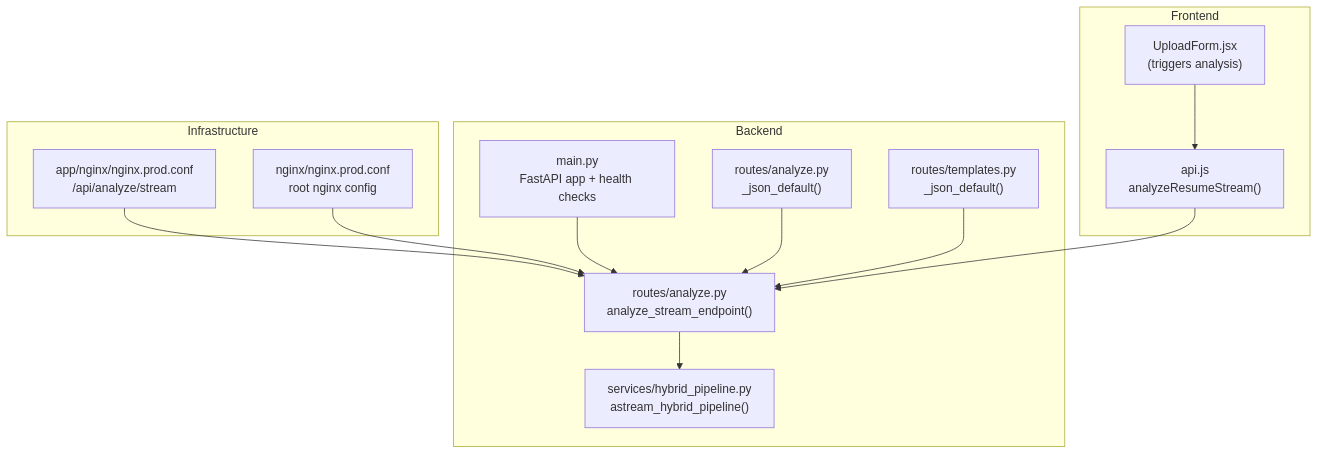
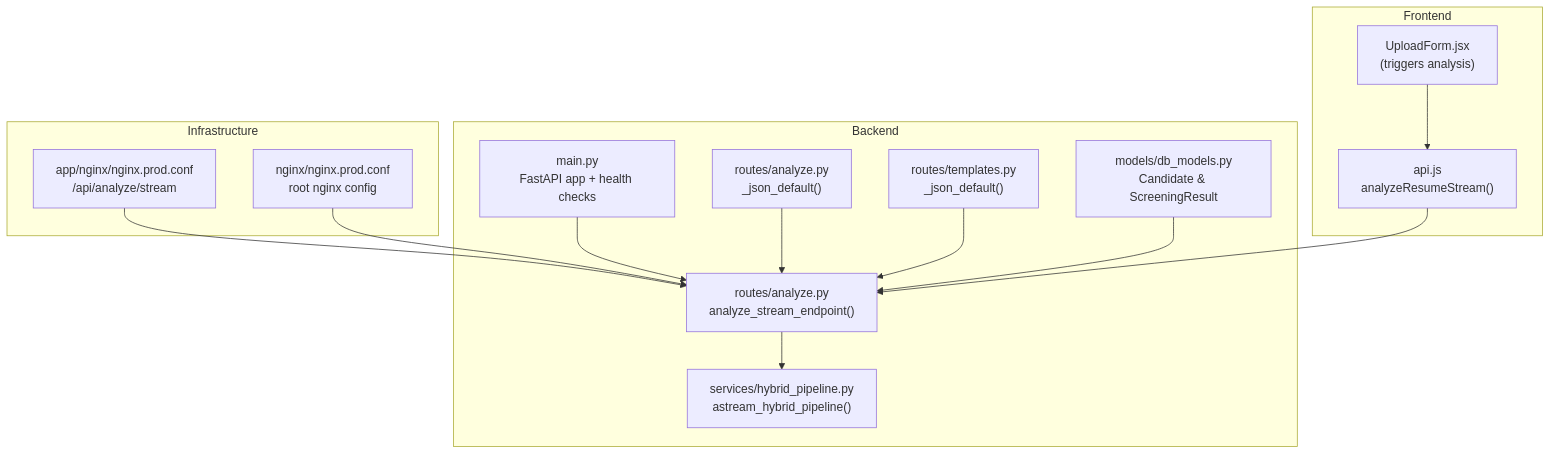
Before and after one commit to Revanththetalogics/aireume: the first of 3 diagrams in .qoder/repowiki/en/content/API Reference/Analysis Endpoints/Streaming Analysis.md, drawn with Mermaid. The commit also changed other lines of this file and 6 other files, not shown here.

````diff
--- a/.qoder/repowiki/en/content/API Reference/Analysis Endpoints/Streaming Analysis.md
+++ b/.qoder/repowiki/en/content/API Reference/Analysis Endpoints/Streaming Analysis.md
@@ -43,26 +45,28 @@
 ```mermaid
 graph TB
 subgraph "Frontend"
 FE_API["api.js<br/>analyzeResumeStream()"]
 FE_UI["UploadForm.jsx<br/>(triggers analysis)"]
 end
 subgraph "Backend"
 ROUTES["routes/analyze.py<br/>analyze_stream_endpoint()"]
 PIPELINE["services/hybrid_pipeline.py<br/>astream_hybrid_pipeline()"]
 MAIN["main.py<br/>FastAPI app + health checks"]
 ENDPOINT["routes/analyze.py<br/>_json_default()"]
 SERIALIZER["routes/templates.py<br/>_json_default()"]
+DB_MODELS["models/db_models.py<br/>Candidate & ScreeningResult"]
 end
 subgraph "Infrastructure"
 NGINX_APP["app/nginx/nginx.prod.conf<br/>/api/analyze/stream"]
 NGINX_ROOT["nginx/nginx.prod.conf<br/>root nginx config"]
 end
 FE_API --> ROUTES
 FE_UI --> FE_API
 ROUTES --> PIPELINE
 MAIN --> ROUTES
 NGINX_APP --> ROUTES
 NGINX_ROOT --> ROUTES
 ENDPOINT --> ROUTES
 SERIALIZER --> ROUTES
+DB_MODELS --> ROUTES
 ```
````
